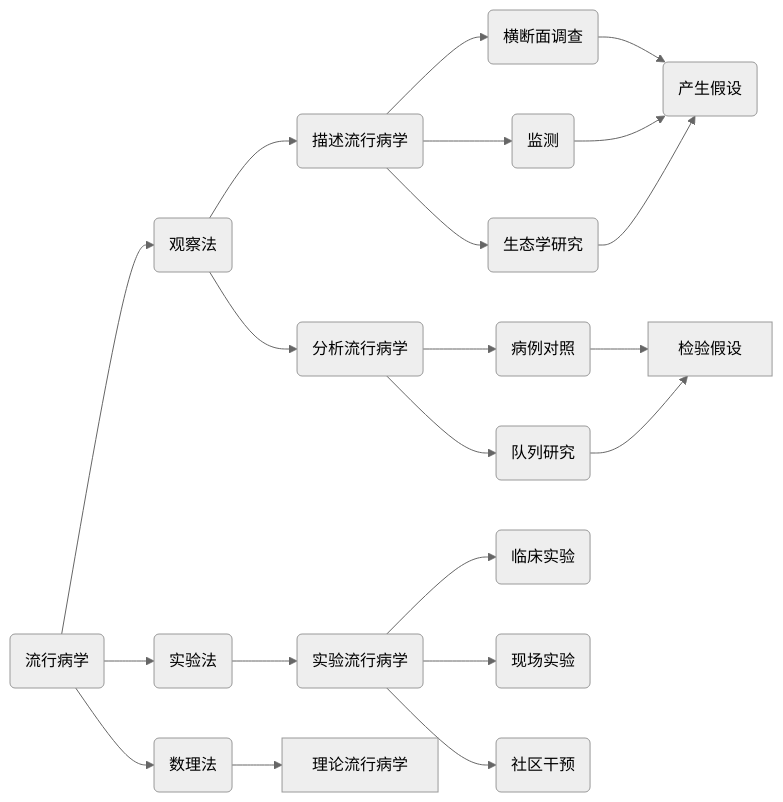
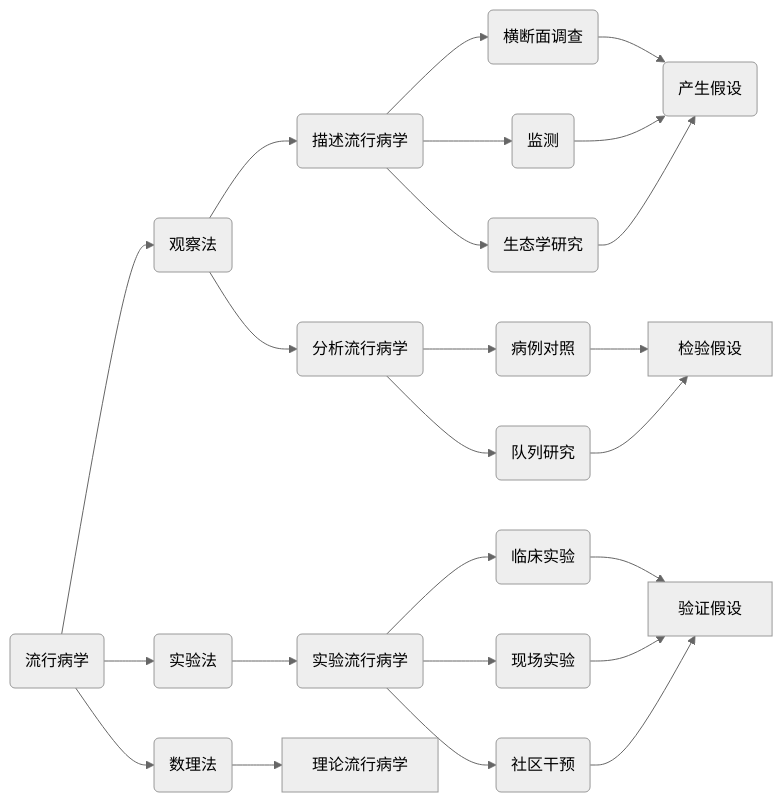
The diagram in 大三下/流行病学.md (viket-vista/Notes), drawn with Mermaid (neutral theme) before and after one commit. The commit also changed other lines of this file, not shown here.

````diff
--- a/大三下/流行病学.md
+++ b/大三下/流行病学.md
@@ -2,21 +2,21 @@
 ```mermaid
 graph LR
 A(流行病学) --> B(观察法)
 A --> C(实验法)
 A --> D(数理法)
 B --> E(描述流行病学)
 B --> F(分析流行病学)
 C --> G(实验流行病学)
 D --> 理论流行病学
 E --> H(横断面调查)
 E --> I(监测)
 E --> J(生态学研究)
 F --> K(病例对照)
 F --> L(队列研究)
 G --> M(临床实验)
 G --> N(现场实验)
 G --> O(社区干预)
 H & I & J --> P(产生假设)
 K & L --> 检验假设
-M & N  
+M & N & O --> 验证假设 
 ```
````
